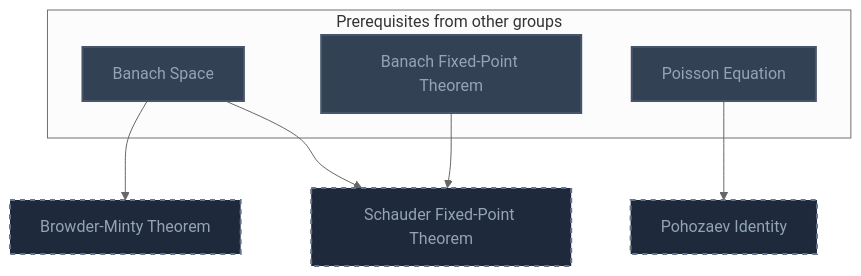
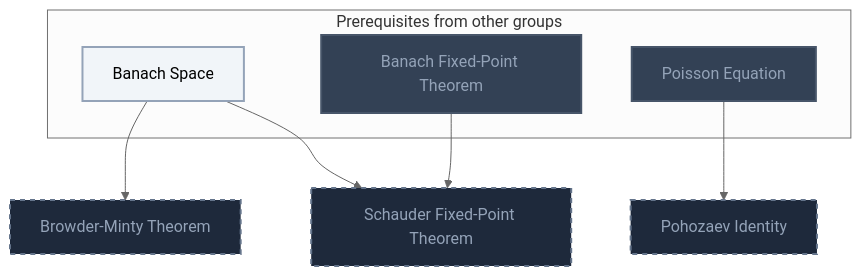
Before and after one commit to MRauf1/My-Notes: diagram 22 of 25 in Gamification/Skill Trees/Partial Differential Equations.md, drawn with Mermaid (neutral theme). The commit also changed other lines of this file and 145 other files, not shown here.

````diff
--- a/Gamification/Skill Trees/Partial Differential Equations.md
+++ b/Gamification/Skill Trees/Partial Differential Equations.md
@@ -1098,27 +1118,28 @@
 ```mermaid
 flowchart TD
     classDef planned fill:#1E293B,stroke:#64748B,stroke-width:2px,stroke-dasharray:5 5,color:#94A3B8;
     classDef locked fill:#334155,stroke:#475569,stroke-width:2px,color:#94A3B8;
     classDef L0 fill:#F1F5F9,stroke:#94A3B8,stroke-width:2px,color:#000000;
     classDef L1 fill:#22C55E,stroke:#15803D,stroke-width:2px,color:#000000;
     classDef L2 fill:#3B82F6,stroke:#1D4ED8,stroke-width:3px,color:#FFFFFF;
     classDef L3 fill:#A855F7,stroke:#6B21A8,stroke-width:3px,color:#FFFFFF,font-weight:bold;
     classDef L4 fill:#F97316,stroke:#C2410C,stroke-width:4px,color:#000000,font-weight:bold;
     classDef L5 fill:#FFD700,stroke:#FF8C00,stroke-width:5px,color:#000000,font-weight:bold;
     classDef rusty stroke:#8B4513,stroke-width:4px,stroke-dasharray:3 3;
     subgraph sg_prereqs["Prerequisites from other groups"]
         n_banach_space["Banach Space"]
         n_banach_fixed_point_theorem["Banach Fixed-Point Theorem"]
         n_poisson_equation["Poisson Equation"]
     end
     n_browder_minty_theorem["Browder-Minty Theorem"]
     n_schauder_fixed_point_theorem["Schauder Fixed-Point Theorem"]
     n_pohozaev_identity["Pohozaev Identity"]
     n_banach_space --> n_browder_minty_theorem
     n_banach_fixed_point_theorem --> n_schauder_fixed_point_theorem
     n_banach_space --> n_schauder_fixed_point_theorem
     n_poisson_equation --> n_pohozaev_identity
     class n_browder_minty_theorem,n_schauder_fixed_point_theorem,n_pohozaev_identity planned;
-    class n_banach_space,n_banach_fixed_point_theorem,n_poisson_equation locked;
+    class n_banach_fixed_point_theorem,n_poisson_equation locked;
+    class n_banach_space L0;
     class n_banach_space,n_banach_fixed_point_theorem,n_poisson_equation internal-link;
 ```
````
